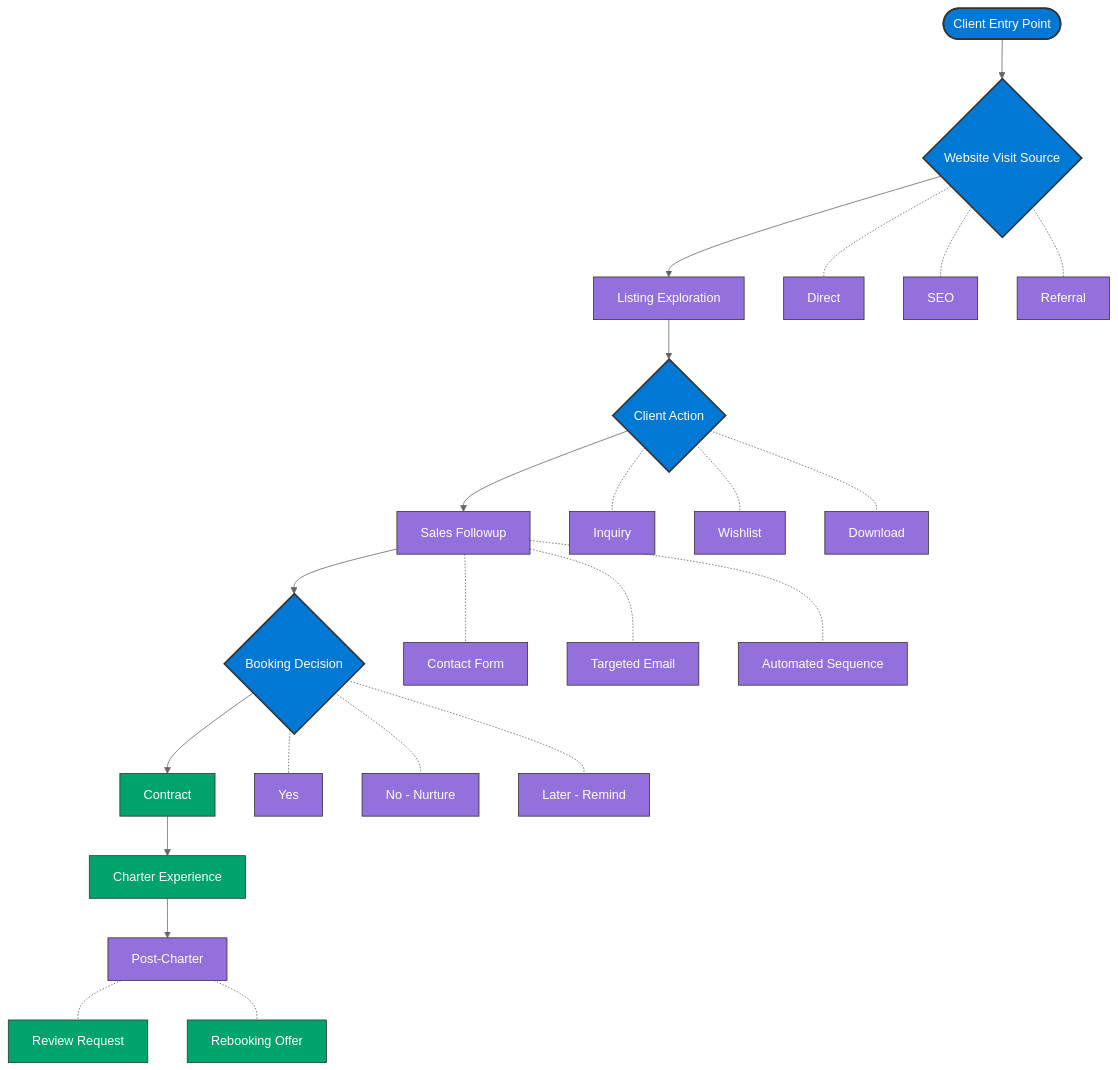
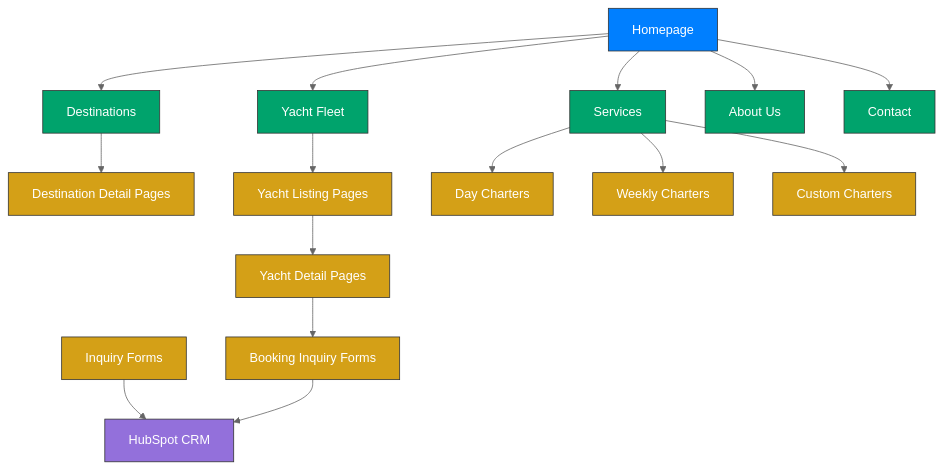
Before and after one commit to szemkoff/azurecharters: the third of 7 diagrams in docs/framework-overview.md, drawn with Mermaid. The commit also changed other lines of this file and 5 other files, not shown here.

````diff
--- a/docs/framework-overview.md
+++ b/docs/framework-overview.md
@@ -115,48 +120,31 @@
 ```mermaid
-%%{init: {'securityLevel': 'loose', 'theme': 'neutral'}}%%
-graph TD
-    %% Create a linear journey flow
-    Start([Client Entry Point])
-    Start --> A{Website Visit Source}
-    A --> E[Listing Exploration]
-    E --> F{Client Action}
-    F --> J[Sales Followup]
-    J --> M{Booking Decision}
-    M --> N[Contract]
-    N --> Q[Charter Experience]
-    Q --> T[Post-Charter]
-
-    %% Entry points
-    A -.- A1[Direct]
-    A -.- A2[SEO] 
-    A -.- A3[Referral]
+%%{init: {'theme': 'neutral'}}%%
+flowchart TB
+    Homepage --> Destinations
+    Homepage --> YachtFleet["Yacht Fleet"]
+    Homepage --> Services
+    Homepage --> AboutUs["About Us"]
+    Homepage --> Contact
     
-    %% Client actions
-    F -.- F1[Inquiry]
-    F -.- F2[Wishlist]
-    F -.- F3[Download]
+    Destinations --> DestinationPages["Destination Detail Pages"]
+    YachtFleet --> YachtListings["Yacht Listing Pages"]
+    YachtListings --> YachtDetailPages["Yacht Detail Pages"]
+    YachtDetailPages --> BookingInquiry["Booking Inquiry Forms"]
     
-    %% Follow-up methods
-    J -.- J1[Contact Form]
-    J -.- J2[Targeted Email]
-    J -.- J3[Automated Sequence]
+    Services --> DayCharters["Day Charters"]
+    Services --> WeeklyCharters["Weekly Charters"]
+    Services --> CustomCharters["Custom Charters"]
     
-    %% Decision outcomes
-    M -.- M1[Yes] 
-    M -.- M2[No - Nurture]
-    M -.- M3[Later - Remind]
+    InquiryForm["Inquiry Forms"] --> CRM["HubSpot CRM"]
+    BookingInquiry --> CRM
     
-    %% Post-charter actions
-    T -.- T1[Review Request]
-    T -.- T2[Rebooking Offer]
+    classDef primary fill:#007FFF,color:#ffffff,stroke:#333,stroke-width:1px;
+    classDef secondary fill:#00A36C,color:#ffffff,stroke:#333,stroke-width:1px;
+    classDef tertiary fill:#D4A017,color:#ffffff,stroke:#333,stroke-width:1px;
+    classDef external fill:#9370DB,color:#ffffff,stroke:#333,stroke-width:1px;
     
-    %% Styling
-    classDef entryNode fill:#0078D4,color:#ffffff,stroke:#333,stroke-width:2px;
-    classDef decisionNode fill:#9370DB,color:#ffffff,stroke:#333,stroke-width:1px;
-    classDef successNode fill:#00A36C,color:#ffffff,stroke:#333,stroke-width:1px;
-    
-    %% Apply styles
-    class Start,A,F,M entryNode;
-    class E,J,T,A1,A2,A3,F1,F2,F3,J1,J2,J3,M1,M2,M3 decisionNode;
-    class N,Q,T1,T2 successNode;
+    class Homepage primary;
+    class Destinations,YachtFleet,Services,AboutUs,Contact secondary;
+    class DestinationPages,YachtListings,YachtDetailPages,DayCharters,WeeklyCharters,CustomCharters,BookingInquiry,InquiryForm tertiary;
+    class CRM external;
 ```
````
